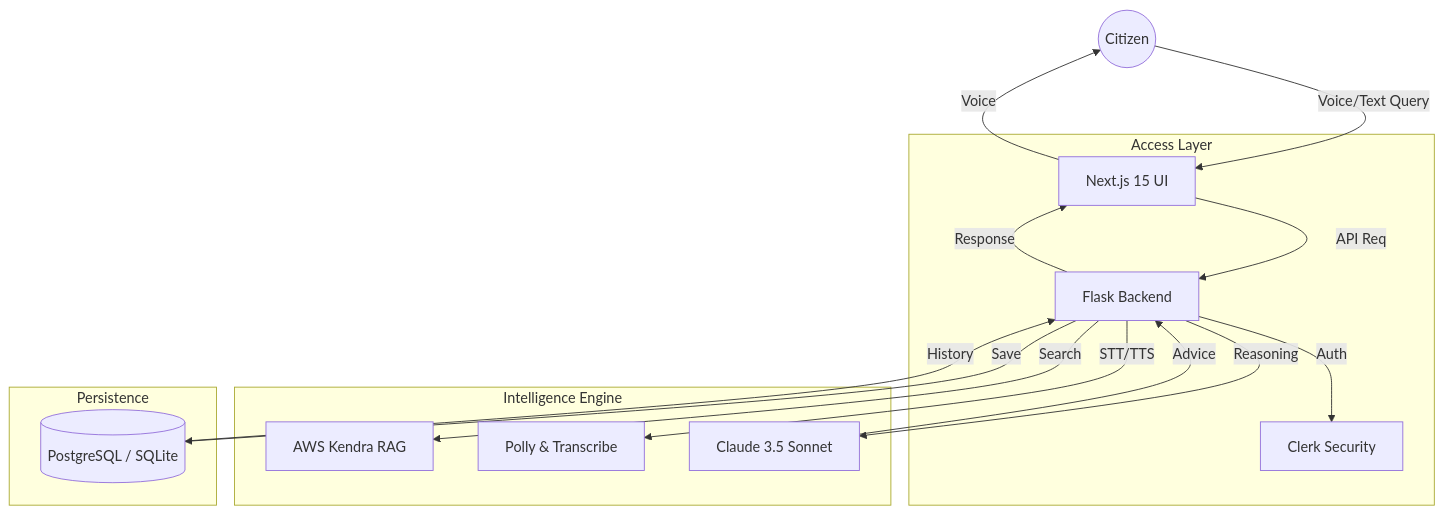
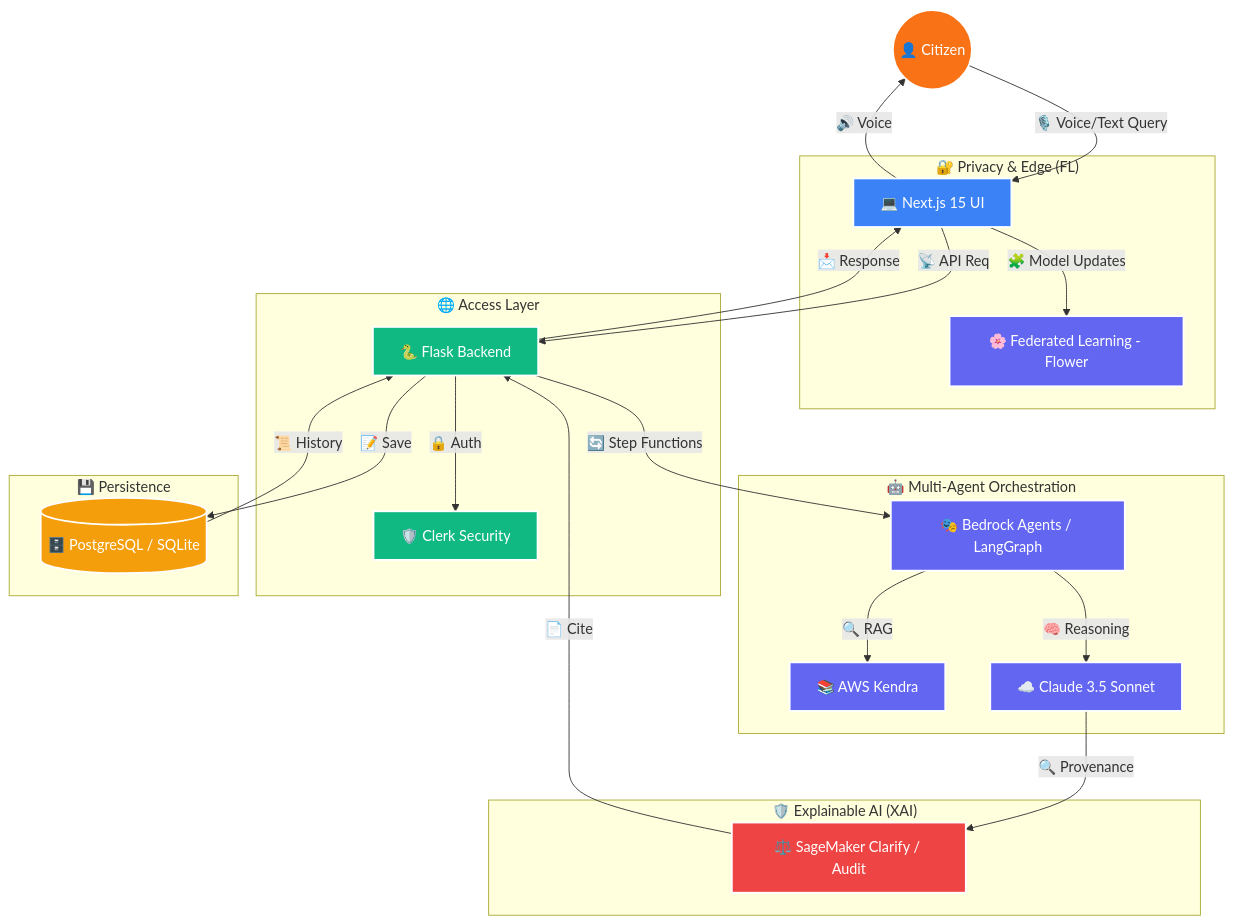
The first of 6 diagrams in README.md (shalcoder/JanSathi), drawn with Mermaid before and after one commit. The commit also changed other lines of this file and 7 other files, not shown here.

Commit message:
feat(ai): Implement Advanced AI Features, Federated Learning, and Multi-Agent Orchestration

````diff
--- a/README.md
+++ b/README.md
@@ -31,24 +31,40 @@
 ```mermaid
 graph TD
-    User((Citizen)) -- "Voice/Text Query" --> Frontend[Next.js 15 UI]
+    %% Styling
+    classDef user fill:#f97316,stroke:#fff,stroke-width:2px,color:#fff
+    classDef fe fill:#3b82f6,stroke:#fff,stroke-width:2px,color:#fff
+    classDef be fill:#10b981,stroke:#fff,stroke-width:2px,color:#fff
+    classDef ai fill:#6366f1,stroke:#fff,stroke-width:2px,color:#fff
+    classDef trust fill:#ef4444,stroke:#fff,stroke-width:2px,color:#fff
+    classDef db fill:#f59e0b,stroke:#fff,stroke-width:2px,color:#fff
+
+    User((👤 Citizen)):::user -- "🎙️ Voice/Text Query" --> Frontend[💻 Next.js 15 UI]:::fe
     
-    subgraph "Access Layer"
-        Frontend -- "API Req" --> Flask[Flask Backend]
-        Flask -- "Auth" --> Clerk[Clerk Security]
+    subgraph "🔐 Privacy & Edge (FL)"
+        Frontend -- "🧩 Model Updates" --> FL[🌸 Federated Learning - Flower]:::ai
     end
 
-    subgraph "Intelligence Engine"
-        Flask -- "Search" --> Kendra[AWS Kendra RAG]
-        Flask -- "STT/TTS" --> AI_Voice[Polly & Transcribe]
-        Flask -- "Reasoning" --> Bedrock[Claude 3.5 Sonnet]
+    subgraph "🌐 Access Layer"
+        Frontend -- "📡 API Req" --> Flask[🐍 Flask Backend]:::be
+        Flask -- "🔒 Auth" --> Clerk[🛡️ Clerk Security]:::be
     end
 
-    subgraph "Persistence"
-        Flask -- "Save" --> DB[(PostgreSQL / SQLite)]
-        DB -- "History" --> Flask
+    subgraph "🤖 Multi-Agent Orchestration"
+        Flask -- "🔄 Step Functions" --> Agents[🎭 Bedrock Agents / LangGraph]:::ai
+        Agents -- "🔍 RAG" --> Kendra[📚 AWS Kendra]:::ai
+        Agents -- "🧠 Reasoning" --> Bedrock[☁️ Claude 3.5 Sonnet]:::ai
     end
 
-    Bedrock -- "Advice" --> Flask
-    Flask -- "Response" --> Frontend
-    Frontend -- "Voice" --> User
+    subgraph "🛡️ Explainable AI (XAI)"
+        Bedrock -- "🔍 Provenance" --> XAI[⚖️ SageMaker Clarify / Audit]:::trust
+        XAI -- "📄 Cite" --> Flask
+    end
+
+    subgraph "💾 Persistence"
+        Flask -- "📝 Save" --> DB[(🗄️ PostgreSQL / SQLite)]:::db
+        DB -- "📜 History" --> Flask
+    end
+
+    Flask -- "📩 Response" --> Frontend
+    Frontend -- "🔊 Voice" --> User
 ```
````
